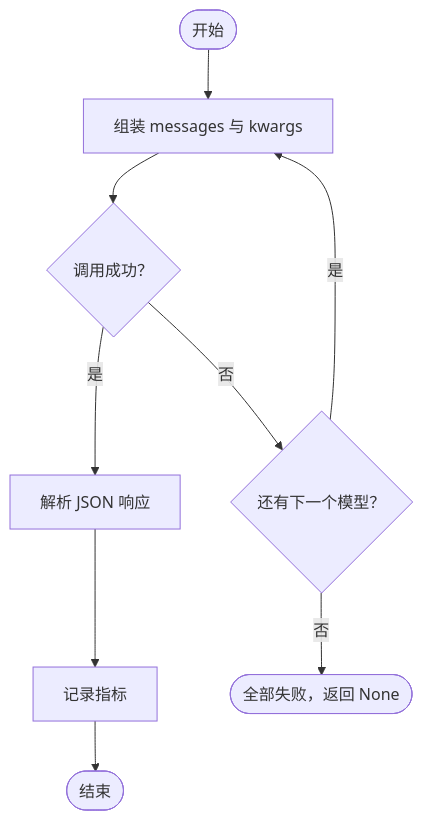
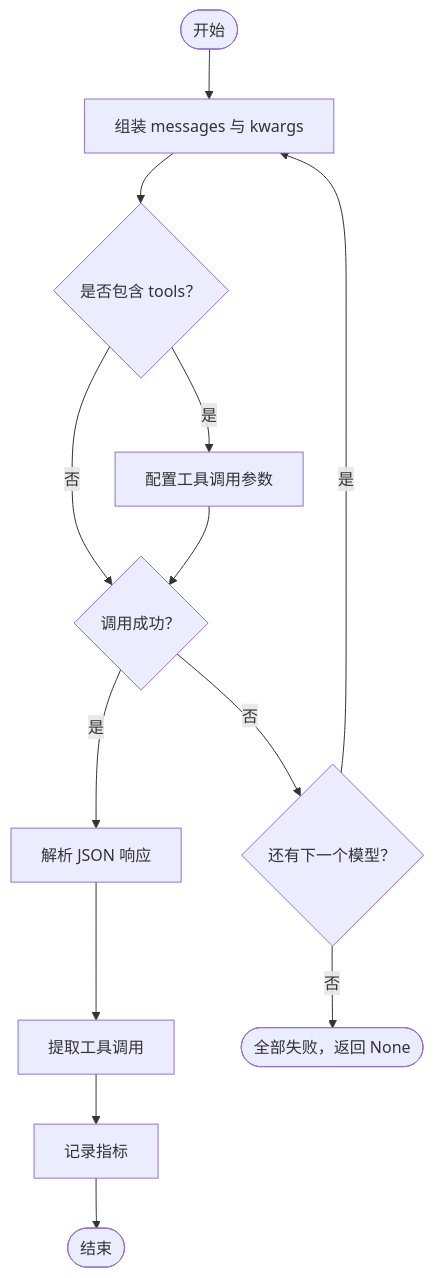
One commit to UynajGI/drbrain changed the fourth of 7 diagrams in .qoder/repowiki/zh/content/知识抽取系统/LLM 代理系统.md. Above: the diagram before and after it, drawn with Mermaid. The commit also changed other lines of this file and 6 other files, not shown here.

````diff
--- a/.qoder/repowiki/zh/content/知识抽取系统/LLM 代理系统.md
+++ b/.qoder/repowiki/zh/content/知识抽取系统/LLM 代理系统.md
@@ -201,11 +229,15 @@
 ```mermaid
 flowchart TD
 Start(["开始"]) --> Build["组装 messages 与 kwargs"]
-Build --> Try{"调用成功？"}
+Build --> Tools{"是否包含 tools？"}
+Tools --> |是| ToolCfg["配置工具调用参数"]
+Tools --> |否| Try{"调用成功？"}
+ToolCfg --> Try
 Try --> |是| Parse["解析 JSON 响应"]
-Parse --> Record["记录指标"]
+Parse --> Extract["提取工具调用"]
+Extract --> Record["记录指标"]
 Record --> Done(["结束"])
 Try --> |否| Next{"还有下一个模型？"}
 Next --> |是| Build
 Next --> |否| Fail(["全部失败，返回 None"])
 ```
````
